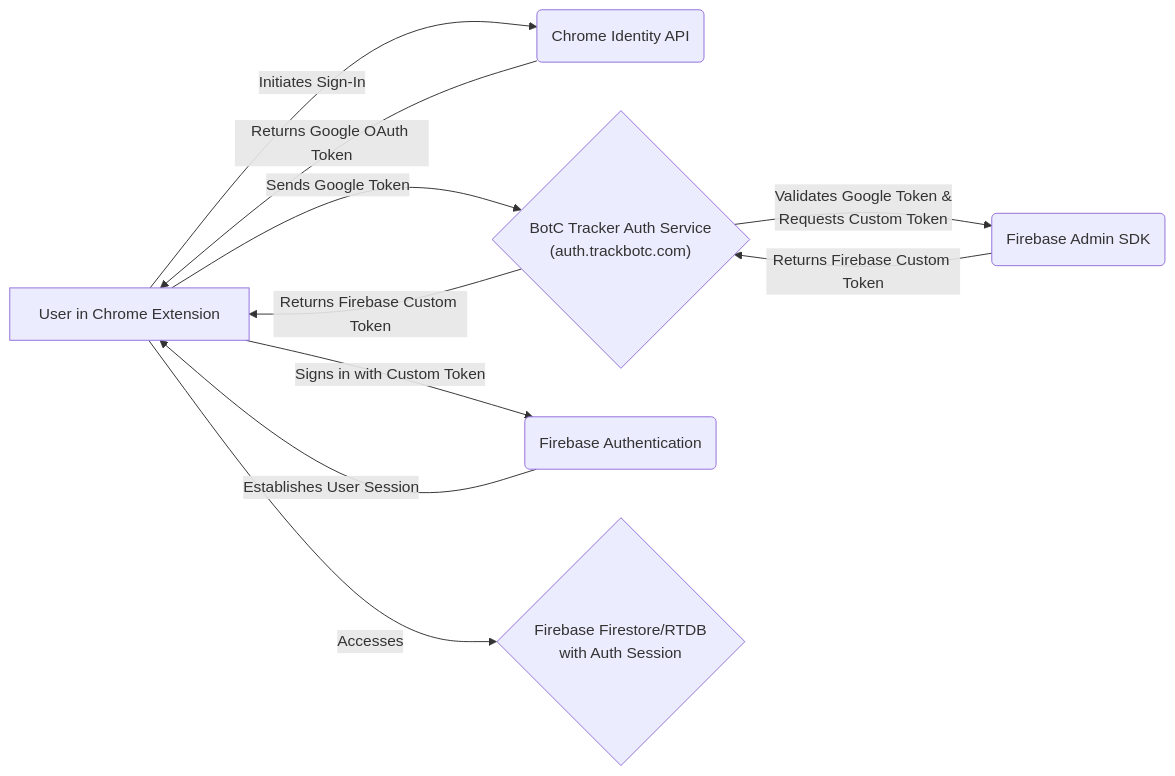
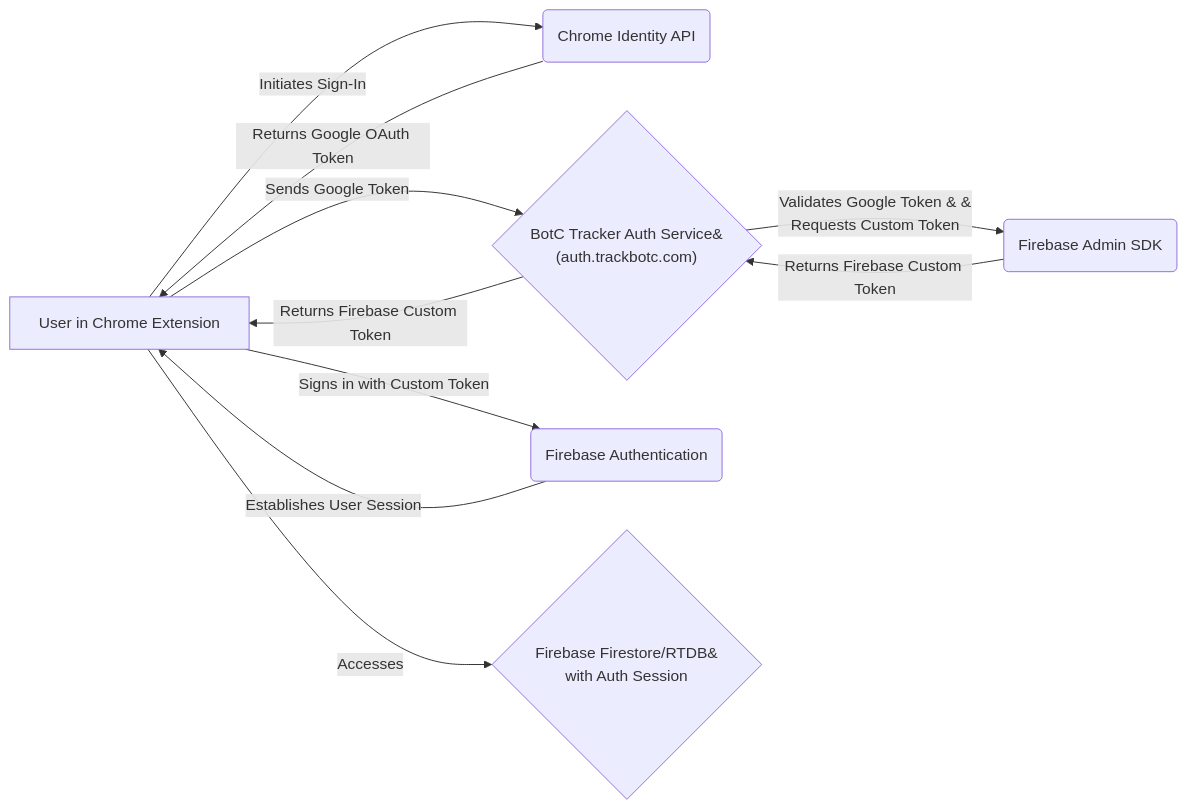
Before and after one commit to altjerry0/BoTC-Track: the diagram in firebase-auth-service/README.md, drawn with Mermaid.

````diff
--- a/firebase-auth-service/README.md
+++ b/firebase-auth-service/README.md
@@ -35,12 +35,12 @@
 ```mermaid
 graph LR
     A[User in Chrome Extension] -- Initiates Sign-In --> B(Chrome Identity API);
     B -- Returns Google OAuth Token --> A;
-    A -- Sends Google Token --> C{"BotC Tracker Auth Service\n(auth.trackbotc.com)"};
-    C -- "Validates Google Token & \nRequests Custom Token" --> D(Firebase Admin SDK);
+    A -- Sends Google Token --> C{"BotC Tracker Auth Service&#10;(auth.trackbotc.com)"};
+    C -- "Validates Google Token & &#10;Requests Custom Token" --> D(Firebase Admin SDK);
     D -- Returns Firebase Custom Token --> C;
     C -- Returns Firebase Custom Token --> A;
     A -- Signs in with Custom Token --> E(Firebase Authentication);
     E -- Establishes User Session --> A;
-    A -- Accesses --> F{"Firebase Firestore/RTDB\nwith Auth Session"};
+    A -- Accesses --> F{"Firebase Firestore/RTDB&#10;with Auth Session"};
 ```
````
